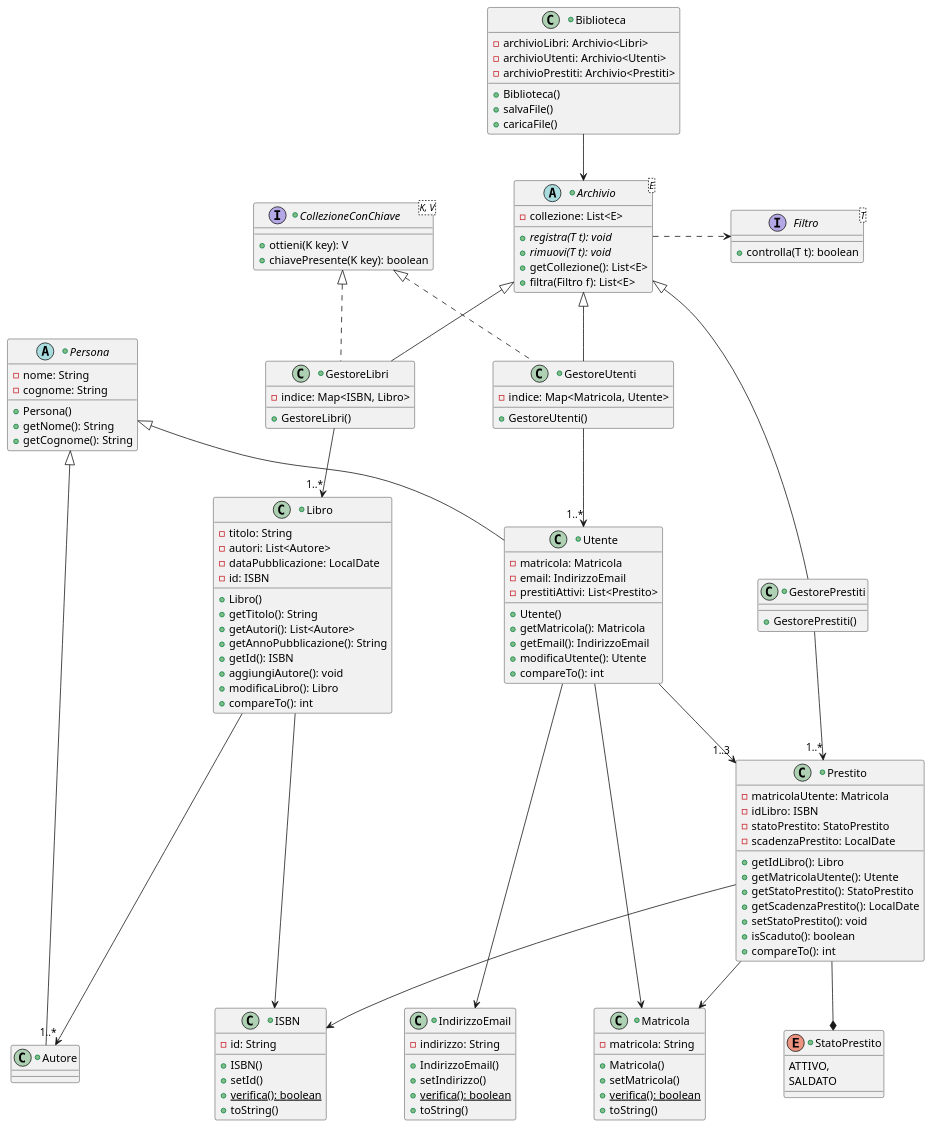
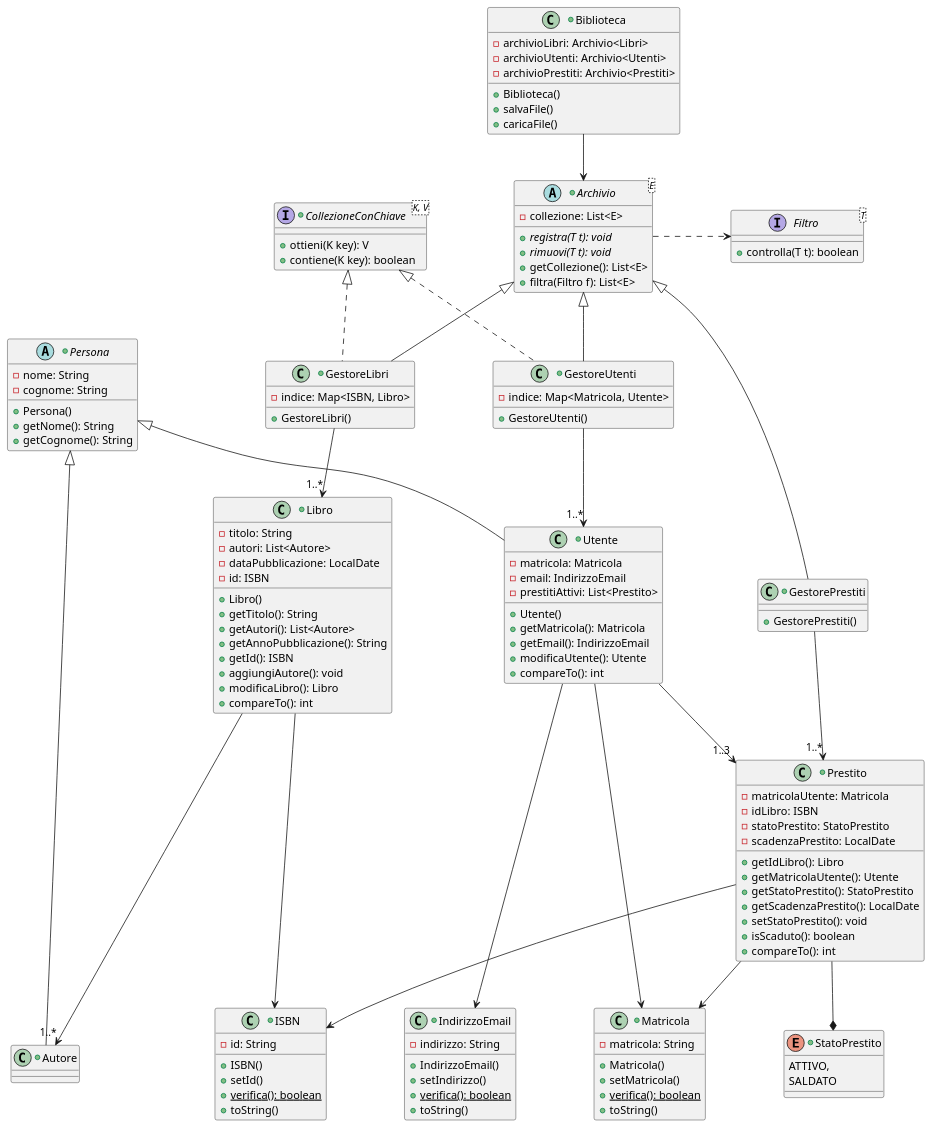
The diagram in docs/uml/classes.puml (Meziu/easylibrary), drawn with PlantUML before and after one commit.

Commit message:
Rinomina metodo per interfaccia con chiave

```diff
--- a/docs/uml/classes.puml
+++ b/docs/uml/classes.puml
@@ -1,161 +1,161 @@
 @startuml
 'skinparam classAttributeIconSize 0
 skinparam nodesep 100
 
 interface Filtro<T> {
     +controlla(T t): boolean
 }
 
 +abstract class Archivio<E> {
     -collezione: List<E>
 
     +registra(T t): void {abstract}
     +rimuovi(T t): void {abstract}
     +getCollezione(): List<E>
     +filtra(Filtro f): List<E>
 }
 
 +interface CollezioneConChiave<K, V> {
     +ottieni(K key): V
-    +chiavePresente(K key): boolean
+    +contiene(K key): boolean
 }
 
 +abstract class Persona{
     -nome: String
     -cognome: String
 
     +Persona()
     +getNome(): String
     +getCognome(): String
 }
 
 +class Utente extends Persona{
     -matricola: Matricola
     -email: IndirizzoEmail
     -prestitiAttivi: List<Prestito>
 
     +Utente()
     +getMatricola(): Matricola
     +getEmail(): IndirizzoEmail
     +modificaUtente(): Utente
     +compareTo(): int
 }
 
 +class Matricola {
     -matricola: String
 
     +Matricola()
     +setMatricola()
     +verifica(): boolean {static}
     +toString()
 }
 
 +class IndirizzoEmail {
     -indirizzo: String
 
     +IndirizzoEmail()
     +setIndirizzo()
     +verifica(): boolean {static}
     +toString()
 }
 
 
 +class Libro{
     -titolo: String
     -autori: List<Autore>
     -dataPubblicazione: LocalDate
     -id: ISBN
 
     +Libro()
     +getTitolo(): String
     +getAutori(): List<Autore>
     +getAnnoPubblicazione(): String
     +getId(): ISBN
     +aggiungiAutore(): void
     +modificaLibro(): Libro
     +compareTo(): int
 }
 
 +class ISBN {
     -id: String
 
     +ISBN()
     +setId()
     +verifica(): boolean {static}
     +toString()
 }
 
 +class Autore extends Persona{
 }
 
 
 +class Prestito{
     -matricolaUtente: Matricola
     -idLibro: ISBN
     -statoPrestito: StatoPrestito
     -scadenzaPrestito: LocalDate
 
     +getIdLibro(): Libro
     +getMatricolaUtente(): Utente
     +getStatoPrestito(): StatoPrestito
     +getScadenzaPrestito(): LocalDate
     +setStatoPrestito(): void
     +isScaduto(): boolean
     +compareTo(): int
 }
 
 +enum StatoPrestito{
     ATTIVO,
     SALDATO
 }
 
 
 +class Biblioteca {
     -archivioLibri: Archivio<Libri>
     -archivioUtenti: Archivio<Utenti>
     -archivioPrestiti: Archivio<Prestiti>
 
     +Biblioteca()
     +salvaFile()
     +caricaFile()
 }
 
 
 +class GestoreLibri extends Archivio implements CollezioneConChiave {
     -indice: Map<ISBN, Libro>
 
     +GestoreLibri()
 }
 
 
 +class GestoreUtenti extends Archivio implements CollezioneConChiave {
     -indice: Map<Matricola, Utente>
 
     +GestoreUtenti()
 }
 
 
 +class GestorePrestiti extends Archivio {
 
     +GestorePrestiti()
 }
 
 
 Biblioteca --> Archivio
 'Biblioteca ..> CollezioneConChiave
 
 Archivio .right.> Filtro
 
 Utente --> "1..3" Prestito
 Utente --> Matricola
 Utente ---> IndirizzoEmail
 Libro ---> "1..*" Autore
 Libro --> ISBN
 Prestito --> Matricola
 Prestito --> ISBN
 Prestito --* StatoPrestito
 
 GestoreUtenti --> "1..*" Utente
 GestoreLibri --> "1..*" Libro
 GestorePrestiti --> "1..*" Prestito
 @enduml
```
